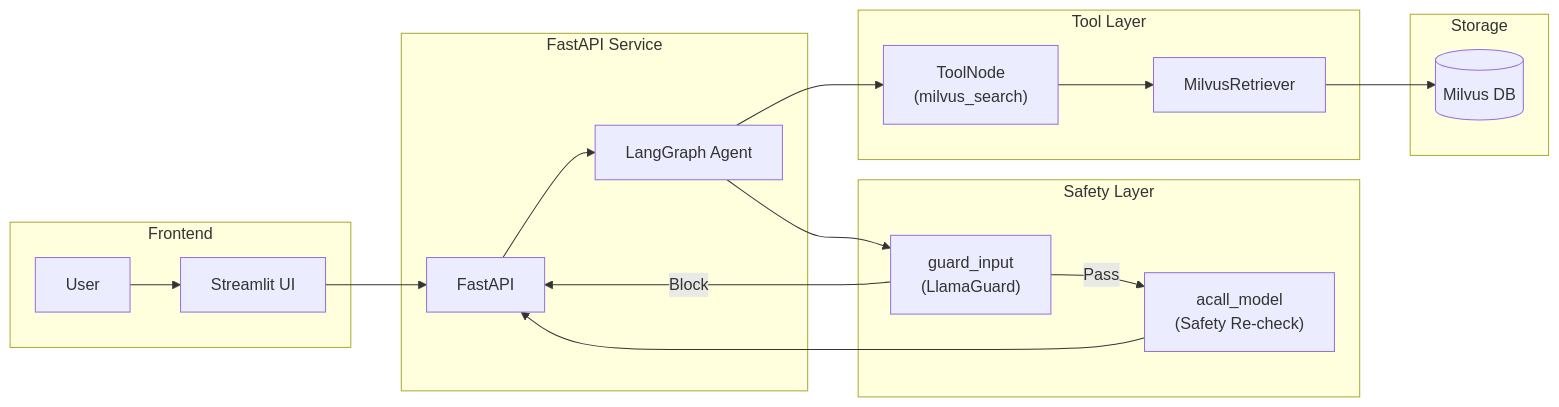
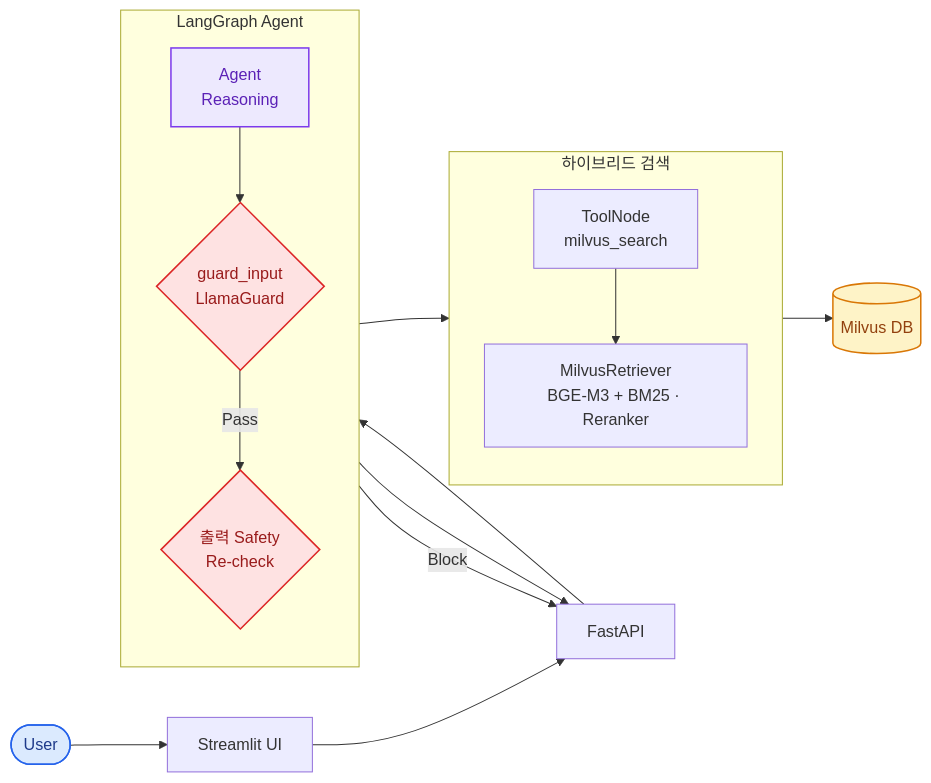
The seventh of 12 diagrams in README.md (SJayKim/SJayKim), drawn with Mermaid before and after one commit. The commit also changed other lines of this file, not shown here.

First line of the commit message:
docs: 프로젝트 다이어그램 공통 비주얼 시스템 도입 + 신규 4종 추가

````diff
--- a/README.md
+++ b/README.md
@@ -422,33 +440,34 @@
 ```mermaid
 flowchart LR
-    subgraph Frontend
-        User["User"]
-        UI["Streamlit UI"]
+    User(["User"]) --> UI["Streamlit UI"] --> API["FastAPI"]
+
+    subgraph Core["LangGraph Agent"]
+        direction TB
+        Agent["Agent<br/>Reasoning"]
+        Guard{"guard_input<br/>LlamaGuard"}
+        Recheck{"출력 Safety<br/>Re-check"}
     end
 
-    subgraph Backend["FastAPI Service"]
-        API["FastAPI"]
-        Agent["LangGraph Agent"]
+    subgraph Ret["하이브리드 검색"]
+        direction TB
+        ToolNode["ToolNode<br/>milvus_search"]
+        Retr["MilvusRetriever<br/>BGE-M3 + BM25 · Reranker"]
     end
+    Milvus[("Milvus DB")]
 
-    subgraph Safety["Safety Layer"]
-        Guard["guard_input<br/>(LlamaGuard)"]
-        Recheck["acall_model<br/>(Safety Re-check)"]
-    end
-
-    subgraph Tools["Tool Layer"]
-        ToolNode["ToolNode<br/>(milvus_search)"]
-        Retriever["MilvusRetriever"]
-    end
-
-    subgraph Storage
-        Milvus[("Milvus DB")]
-    end
-
-    User --> UI --> API --> Agent
+    API --> Agent
     Agent --> Guard
     Guard -->|Pass| Recheck
     Guard -->|Block| API
-    Agent --> ToolNode --> Retriever --> Milvus
+    Agent --> ToolNode --> Retr --> Milvus
     Recheck --> API
+
+    classDef entry fill:#DBEAFE,stroke:#2563EB,stroke-width:1.5px,color:#1E3A8A;
+    classDef ai fill:#EDE9FE,stroke:#7C3AED,stroke-width:1.5px,color:#5B21B6;
+    classDef guard fill:#FEE2E2,stroke:#DC2626,stroke-width:1.5px,color:#991B1B;
+    classDef data fill:#FEF3C7,stroke:#D97706,stroke-width:1.5px,color:#92400E;
+    class User entry;
+    class Agent ai;
+    class Guard,Recheck guard;
+    class Milvus data;
 ```
````
